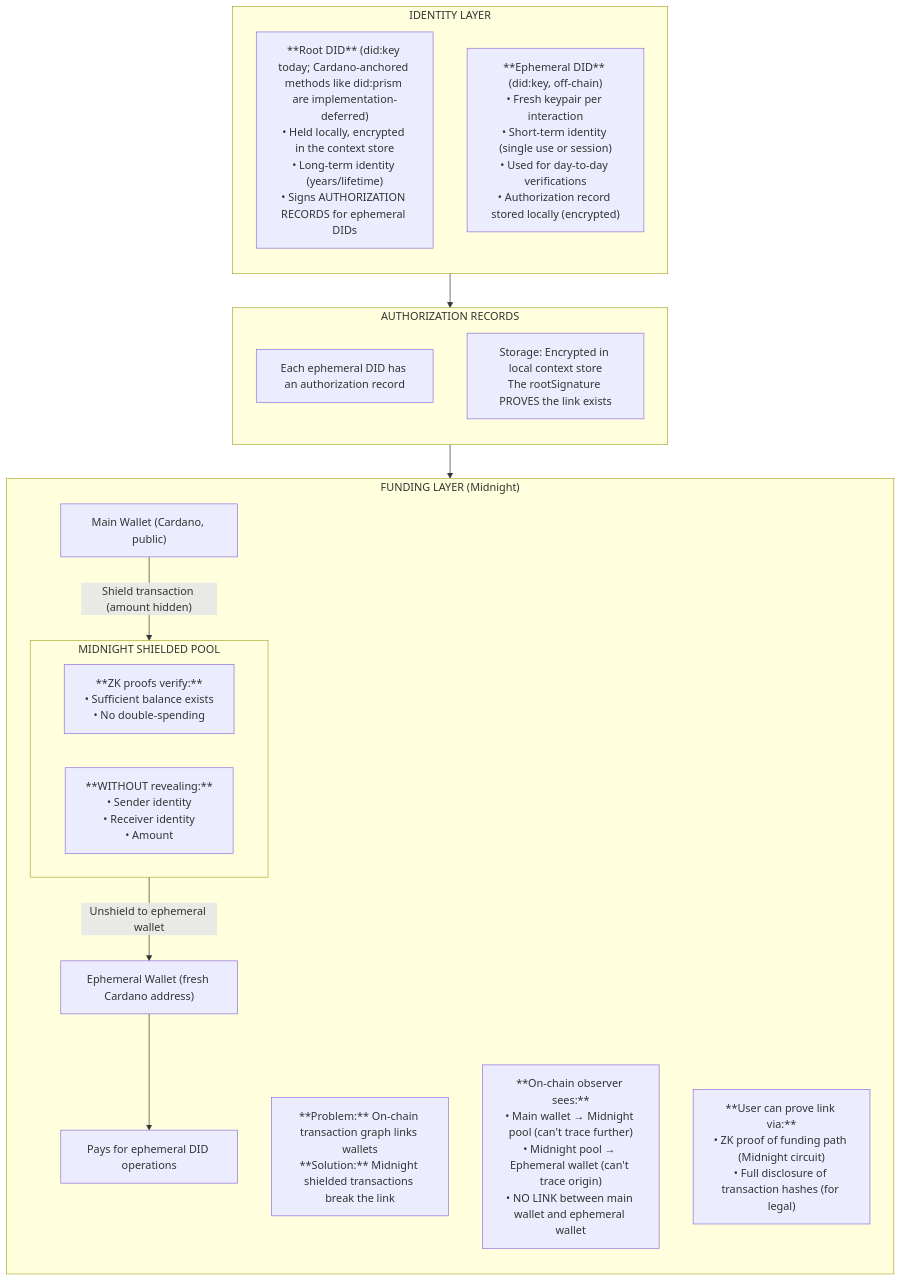
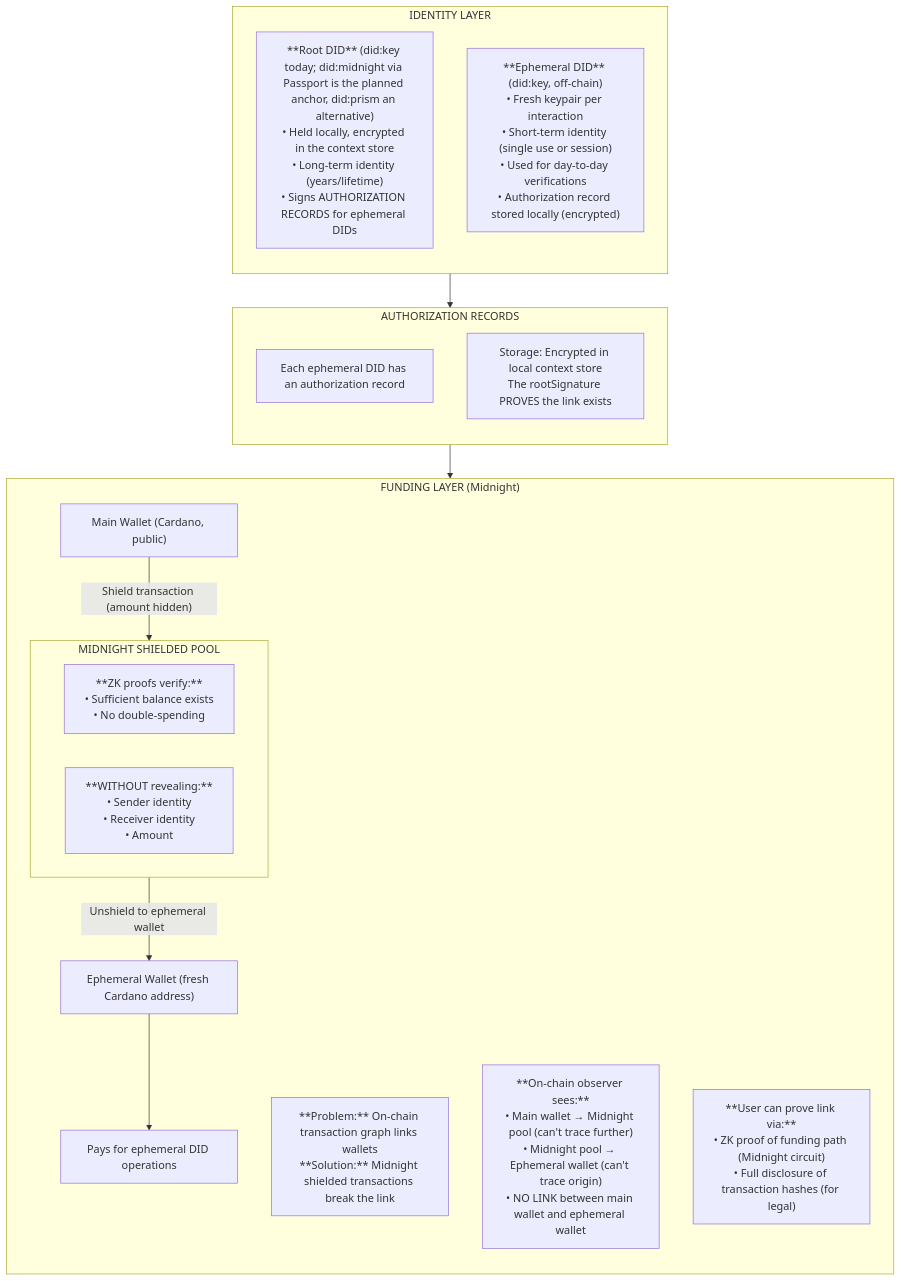
Before and after one commit to freehold-earth/freehold: the diagram in docs/concepts/identity-privacy-model.md, drawn with Mermaid. The commit also changed other lines of this file and 10 other files, not shown here.

````diff
--- a/docs/concepts/identity-privacy-model.md
+++ b/docs/concepts/identity-privacy-model.md
@@ -36,40 +36,40 @@
 ```mermaid
 flowchart TB
     subgraph IdentityLayer["IDENTITY LAYER"]
         direction TB
-        RootDID["**Root DID** (did:key today; Cardano-anchored methods like did:prism are implementation-deferred)<br/>• Held locally, encrypted in the context store<br/>• Long-term identity (years/lifetime)<br/>• Signs AUTHORIZATION RECORDS for ephemeral DIDs"]
+        RootDID["**Root DID** (did:key today; did:midnight via Passport is the planned anchor, did:prism an alternative)<br/>• Held locally, encrypted in the context store<br/>• Long-term identity (years/lifetime)<br/>• Signs AUTHORIZATION RECORDS for ephemeral DIDs"]
         EphemeralDID["**Ephemeral DID** (did:key, off-chain)<br/>• Fresh keypair per interaction<br/>• Short-term identity (single use or session)<br/>• Used for day-to-day verifications<br/>• Authorization record stored locally (encrypted)"]
     end
 
     subgraph AuthRecords["AUTHORIZATION RECORDS"]
         direction TB
         RecordDesc["Each ephemeral DID has an authorization record"]
         RecordExample["Storage: Encrypted in local context store<br/>The rootSignature PROVES the link exists"]
     end
 
     subgraph FundingLayer["FUNDING LAYER (Midnight)"]
         direction TB
         Problem["**Problem:** On-chain transaction graph links wallets<br/>**Solution:** Midnight shielded transactions break the link"]
 
         MainWallet["Main Wallet (Cardano, public)"]
 
         subgraph ShieldedPool["MIDNIGHT SHIELDED POOL"]
             PoolVerify["**ZK proofs verify:**<br/>• Sufficient balance exists<br/>• No double-spending"]
             PoolHide["**WITHOUT revealing:**<br/>• Sender identity<br/>• Receiver identity<br/>• Amount"]
         end
 
         EphemeralWallet["Ephemeral Wallet (fresh Cardano address)"]
         Operations["Pays for ephemeral DID operations"]
 
         Observer["**On-chain observer sees:**<br/>• Main wallet → Midnight pool (can't trace further)<br/>• Midnight pool → Ephemeral wallet (can't trace origin)<br/>• NO LINK between main wallet and ephemeral wallet"]
 
         UserProof["**User can prove link via:**<br/>• ZK proof of funding path (Midnight circuit)<br/>• Full disclosure of transaction hashes (for legal)"]
 
         MainWallet -->|"Shield transaction (amount hidden)"| ShieldedPool
         ShieldedPool -->|"Unshield to ephemeral wallet"| EphemeralWallet
         EphemeralWallet --> Operations
     end
 
     IdentityLayer --> AuthRecords
     AuthRecords --> FundingLayer
 ```
````
